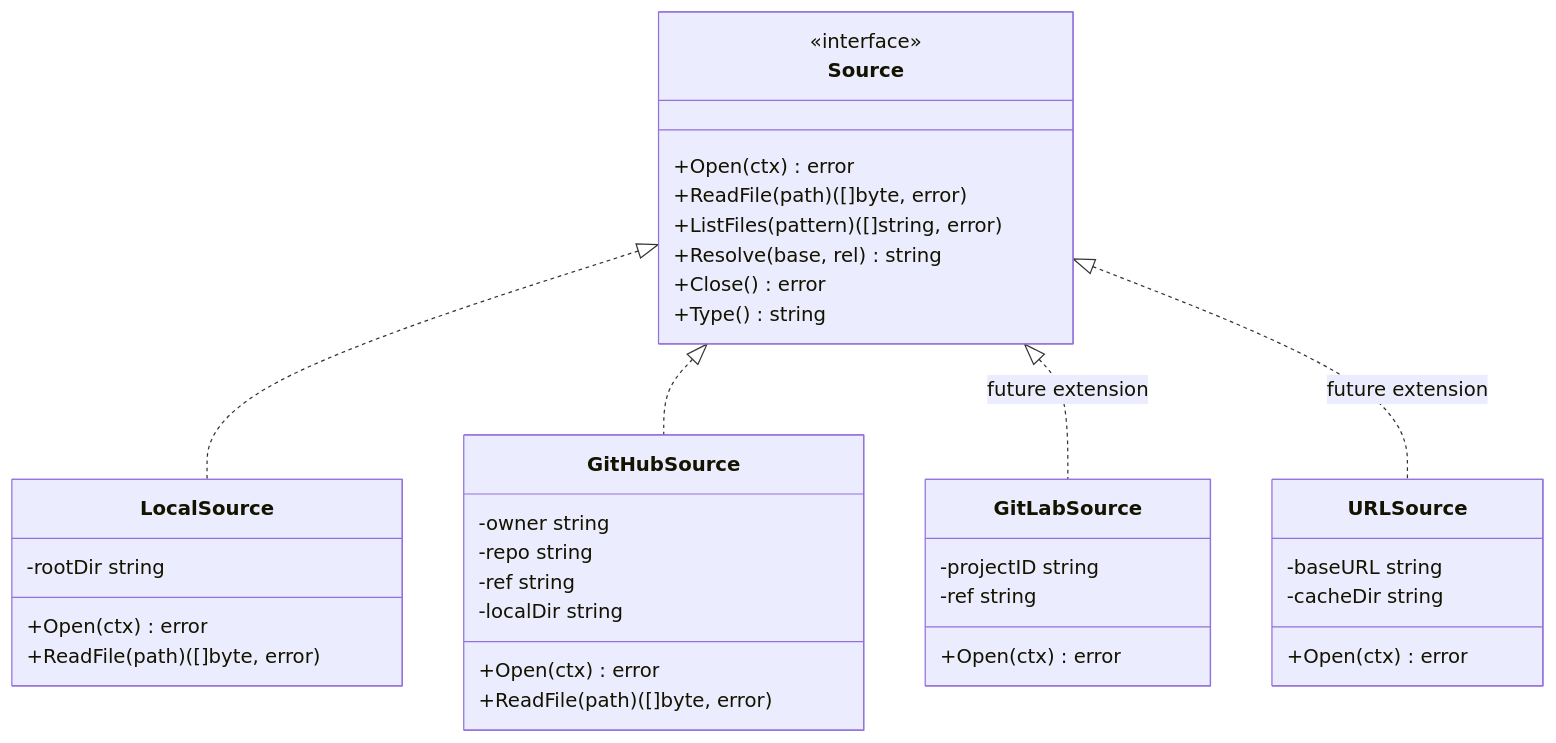
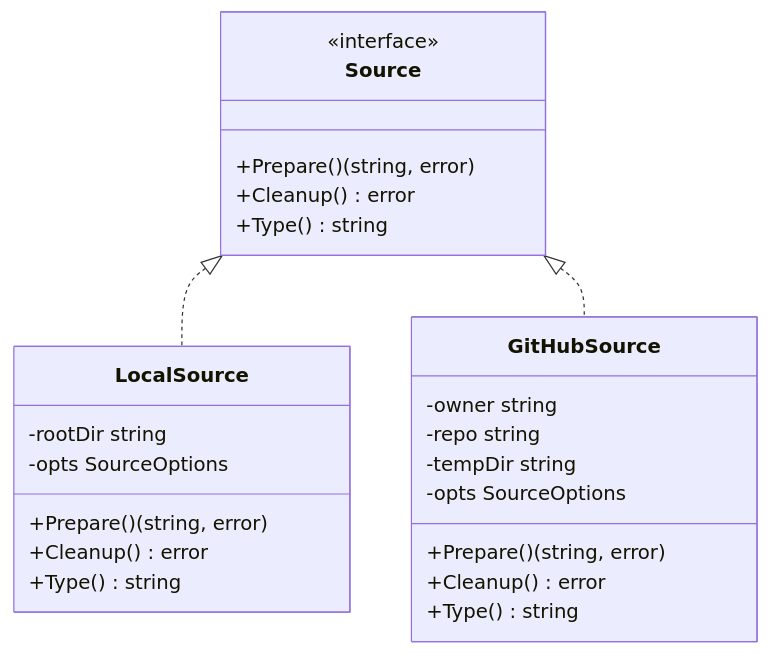
One commit to yeasy/mdPress changed the fourth of 6 diagrams in docs/ARCHITECTURE.md. Above: the diagram before and after it, drawn with Mermaid. The commit also changed other lines of this file and 120 other files, not shown here.

First line of the commit message:
Fix PDF rendering: images, Mermaid diagrams, SVG badges, and layout

````diff
--- a/docs/ARCHITECTURE.md
+++ b/docs/ARCHITECTURE.md
@@ -511,44 +502,30 @@
 ```mermaid
 classDiagram
     class Source {
         <<interface>>
-        +Open(ctx) error
-        +ReadFile(path) ([]byte, error)
-        +ListFiles(pattern) ([]string, error)
-        +Resolve(base, rel) string
-        +Close() error
+        +Prepare() (string, error)
+        +Cleanup() error
         +Type() string
     }
 
     class LocalSource {
         -rootDir string
-        +Open(ctx) error
-        +ReadFile(path) ([]byte, error)
+        -opts SourceOptions
+        +Prepare() (string, error)
+        +Cleanup() error
+        +Type() string
     }
 
     class GitHubSource {
         -owner string
         -repo string
-        -ref string
-        -localDir string
-        +Open(ctx) error
-        +ReadFile(path) ([]byte, error)
-    }
-
-    class GitLabSource {
-        -projectID string
-        -ref string
-        +Open(ctx) error
-    }
-
-    class URLSource {
-        -baseURL string
-        -cacheDir string
-        +Open(ctx) error
+        -tempDir string
+        -opts SourceOptions
+        +Prepare() (string, error)
+        +Cleanup() error
+        +Type() string
     }
 
     Source <|.. LocalSource
     Source <|.. GitHubSource
-    Source <|.. GitLabSource : future extension
-    Source <|.. URLSource : future extension
 ```
````
